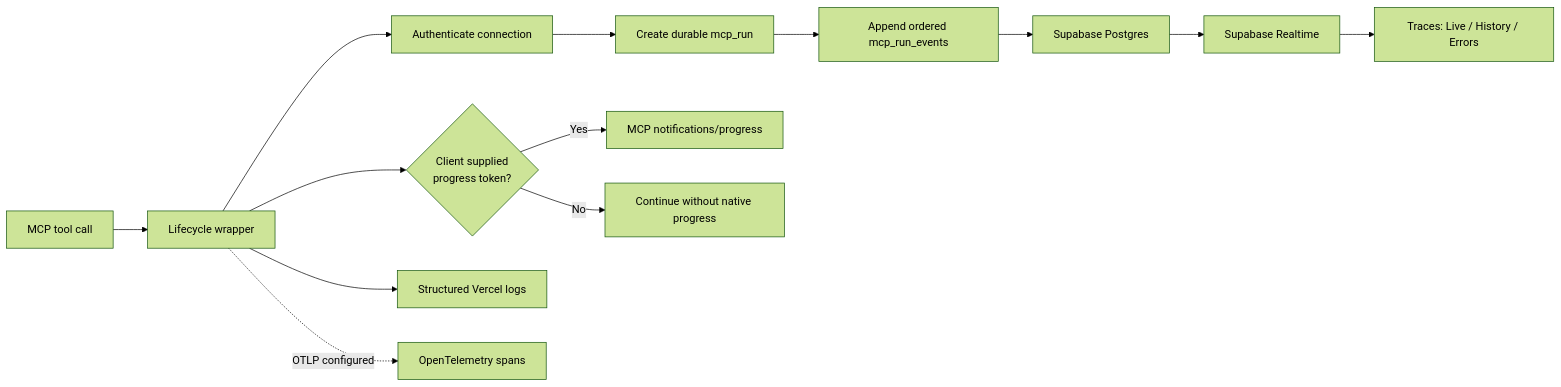
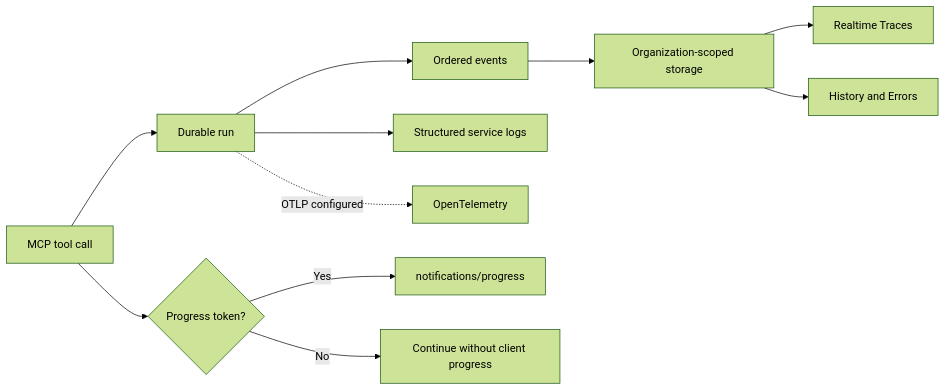
The fifth of 5 diagrams in README.md (iaamar/ally), drawn with Mermaid (forest theme) before and after one commit. The commit also changed other lines of this file, not shown here.

Commit message:
Position Ally MCP as an enterprise service

````diff
--- a/README.md
+++ b/README.md
@@ -412,17 +253,15 @@
 ```mermaid
 flowchart LR
-    CALL["MCP tool call"] --> WRAP["Lifecycle wrapper"]
-    WRAP --> AUTH["Authenticate connection"]
-    AUTH --> RUN["Create durable mcp_run"]
-    RUN --> EVENTS["Append ordered mcp_run_events"]
-    EVENTS --> DB["Supabase Postgres"]
-    DB --> REALTIME["Supabase Realtime"]
-    REALTIME --> UI["Traces: Live / History / Errors"]
+    CALL["MCP tool call"] --> RUN["Durable run"]
+    RUN --> EVENTS["Ordered events"]
+    EVENTS --> DB["Organization-scoped storage"]
+    DB --> LIVE["Realtime Traces"]
+    DB --> HISTORY["History and Errors"]
 
-    WRAP --> TOKEN{"Client supplied<br/>progress token?"}
-    TOKEN -->|Yes| NATIVE["MCP notifications/progress"]
-    TOKEN -->|No| BEST["Continue without native progress"]
+    CALL --> TOKEN{"Progress token?"}
+    TOKEN -->|Yes| PROGRESS["notifications/progress"]
+    TOKEN -->|No| CONTINUE["Continue without client progress"]
 
-    WRAP --> LOGS["Structured Vercel logs"]
-    WRAP -. "OTLP configured" .-> OTEL["OpenTelemetry spans"]
+    RUN --> LOGS["Structured service logs"]
+    RUN -. "OTLP configured" .-> OTEL["OpenTelemetry"]
 ```
````
